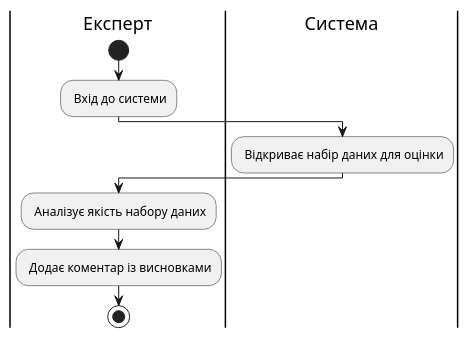
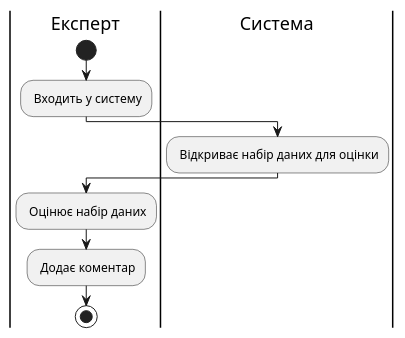
Before and after one commit to tyntyntynnnn/edu_db_labs: diagram 14 of 14 in docs/use cases/README.md, drawn with PlantUML. The commit also changed other lines of this file, not shown here.

```diff
--- a/docs/use cases/README.md
+++ b/docs/use cases/README.md
@@ -635,16 +562,16 @@
 @startuml
 
-|Експерт|
-start;
-: Вхід до системи;
-
-|Система|
-: Відкриває набір даних для оцінки;
-
-|Експерт|
-: Аналізує якість набору даних;
-: Додає коментар із висновками;
-
-stop;
+    |Експерт|
+    start;
+    : Входить у систему;
+    
+    |Система|
+    : Відкриває набір даних для оцінки;
+    
+    |Експерт|
+    : Оцінює набір даних;
+    : Додає коментар;
+    
+    stop;
 
 @enduml
```
